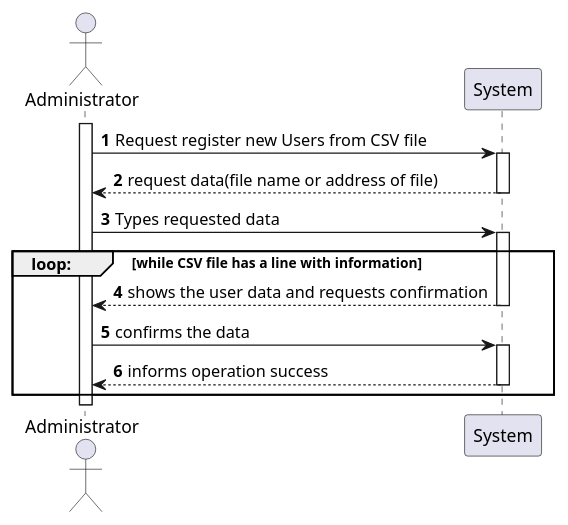
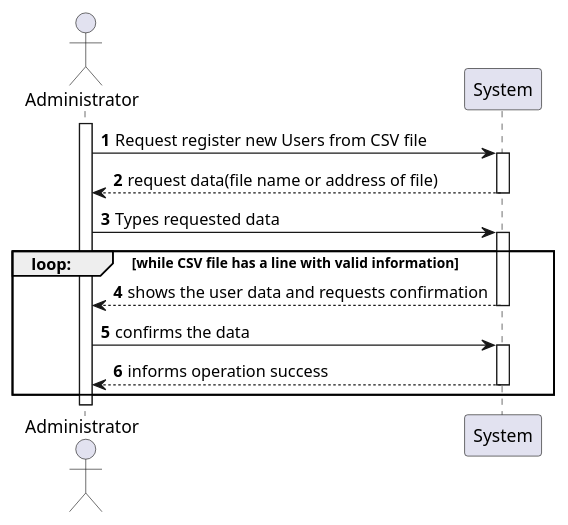
One commit to osnilas/SNSsystem changed the diagram in docs/SprintC/US014/US014_SSD.puml. Above: the diagram before and after it, drawn with PlantUML. The commit also changed 8 other files, not shown here.

```diff
--- a/docs/SprintC/US014/US014_SSD.puml
+++ b/docs/SprintC/US014/US014_SSD.puml
@@ -1,21 +1,21 @@
  @startuml
     'https://plantuml.com/sequence-diagram
 
     autonumber
     actor Administrator
     activate Administrator
     Administrator -> System: Request register new Users from CSV file
     activate System
     System --> Administrator: request data(file name or address of file)
     deactivate System
     System <- Administrator: Types requested data
     activate System
-    group loop: [while CSV file has a line with information]
+    group loop: [while CSV file has a line with valid information]
     Administrator <-- System: shows the user data and requests confirmation
     deactivate System
     Administrator -> System: confirms the data
     activate System
     Administrator <-- System: informs operation success
     deactivate System
     end
     @enduml
```
